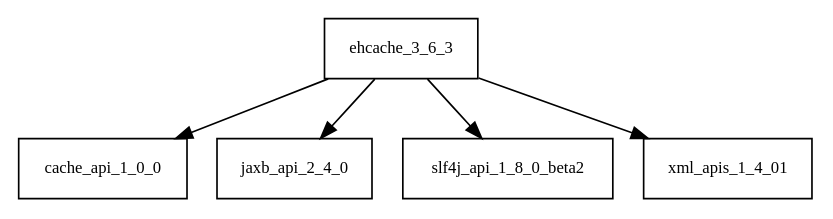
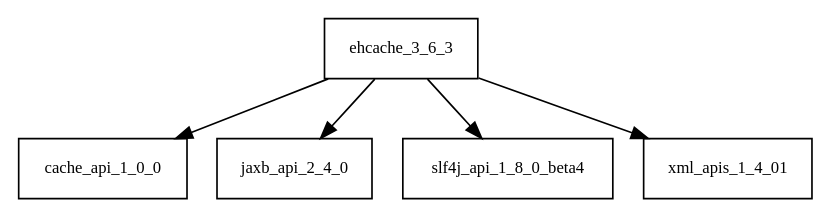
Before and after one commit to Hack23/cia: the diagram in tattleTaleReport/graphviz/ehcache-3.6.3.jar/ehcache-3.6.3.jar.dot, drawn with Graphviz. The commit also changed 2261 other files, not shown here.

```diff
--- a/tattleTaleReport/graphviz/ehcache-3.6.3.jar/ehcache-3.6.3.jar.dot
+++ b/tattleTaleReport/graphviz/ehcache-3.6.3.jar/ehcache-3.6.3.jar.dot
@@ -1,7 +1,7 @@
 digraph ehcache_3_6_3_dependencies {
   node [shape = box, fontsize=10.0];
   ehcache_3_6_3 -> cache_api_1_0_0;
   ehcache_3_6_3 -> jaxb_api_2_4_0;
-  ehcache_3_6_3 -> slf4j_api_1_8_0_beta2;
+  ehcache_3_6_3 -> slf4j_api_1_8_0_beta4;
   ehcache_3_6_3 -> xml_apis_1_4_01;
 }
```
